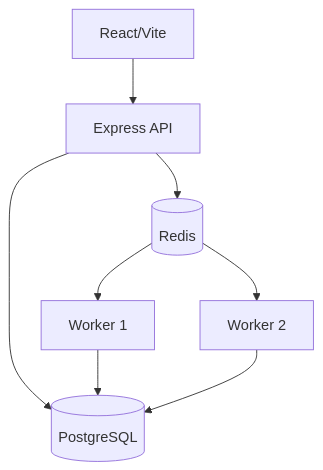
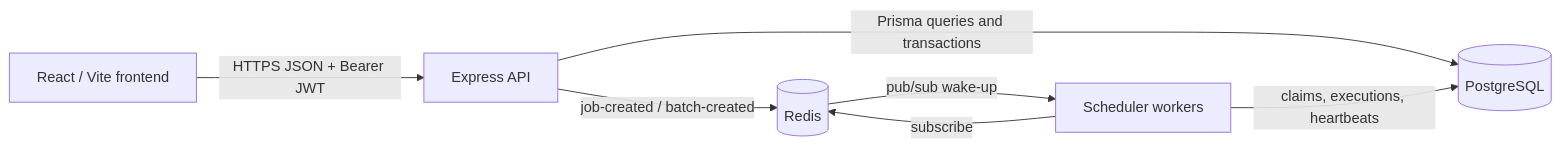
One commit to sumitchopkar2005/Job_Scheduler_Platform changed the diagram in docs/architecture.md. Above: the diagram before and after it, drawn with Mermaid. The commit also changed other lines of this file and 17 other files, not shown here.

````diff
--- a/docs/architecture.md
+++ b/docs/architecture.md
@@ -5,10 +3,9 @@
 ```mermaid
-flowchart TD
-  UI[React/Vite] --> API[Express API]
-  API --> PG[(PostgreSQL)]
-  API --> Redis[(Redis)]
-  Redis --> W1[Worker 1]
-  Redis --> W2[Worker 2]
-  W1 --> PG
-  W2 --> PG
+flowchart LR
+    F[React / Vite frontend] -->|HTTPS JSON + Bearer JWT| A[Express API]
+    A -->|Prisma queries and transactions| P[(PostgreSQL)]
+    A -->|job-created / batch-created| R[(Redis)]
+    R -->|pub/sub wake-up| W[Scheduler workers]
+    W -->|claims, executions, heartbeats| P
+    W -->|subscribe| R
 ```
````
